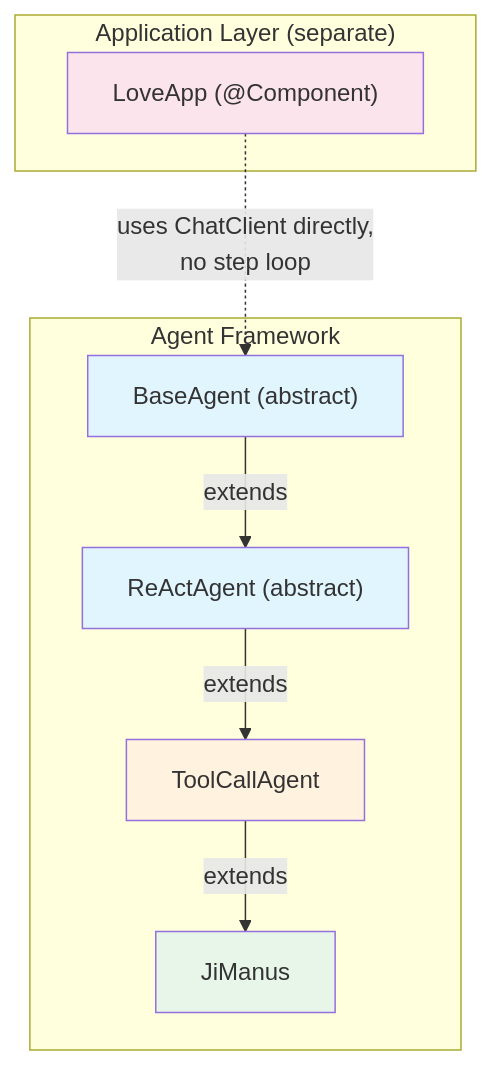
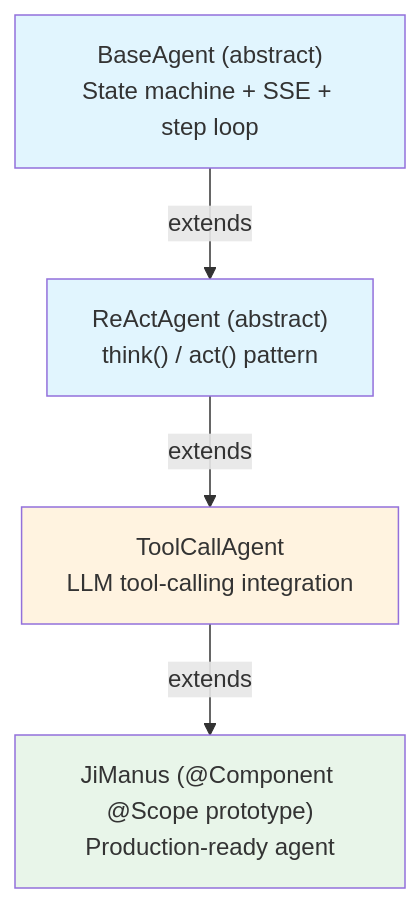
One commit to tokamaky/ji-ai-agent changed the second of 3 diagrams in README.md. Above: the diagram before and after it, drawn with Mermaid. The commit also changed other lines of this file, not shown here.

````diff
--- a/README.md
+++ b/README.md
@@ -43,23 +108,16 @@
 ```mermaid
 flowchart TD
-    subgraph AgentFramework["Agent Framework"]
-        A["BaseAgent (abstract)"]
-        B["ReActAgent (abstract)"]
-        C["ToolCallAgent"]
-        D["JiManus"]
-    end
-    subgraph ApplicationLayer["Application Layer (separate)"]
-        E["LoveApp (@Component)"]
-    end
+    A["BaseAgent (abstract)<br/>State machine + SSE + step loop"]
+    B["ReActAgent (abstract)<br/>think() / act() pattern"]
+    C["ToolCallAgent<br/>LLM tool-calling integration"]
+    D["JiManus (@Component @Scope prototype)<br/>Production-ready agent"]
 
-    A -->|"extends"| B
-    B -->|"extends"| C
-    C -->|"extends"| D
-    E -.->|"uses ChatClient directly,\nno step loop"| A
+    A -->|extends| B
+    B -->|extends| C
+    C -->|extends| D
 
     style A fill:#e1f5fe
     style B fill:#e1f5fe
     style C fill:#fff3e0
     style D fill:#e8f5e9
-    style E fill:#fce4ec
 ```
````
